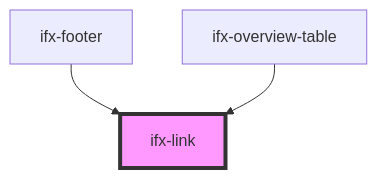
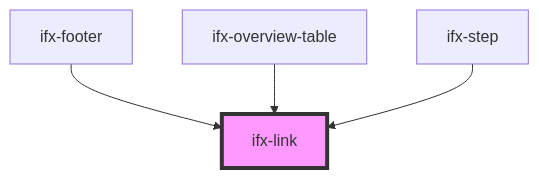
The diagram in packages/components/src/components/link/readme.md (Infineon/infineon-design-system-stencil), drawn with Mermaid before and after one commit. The commit also changed other lines of this file and 3 other files, not shown here.

````diff
--- a/packages/components/src/components/link/readme.md
+++ b/packages/components/src/components/link/readme.md
@@ -27,6 +28,7 @@
 ```mermaid
 graph TD;
   ifx-footer --> ifx-link
   ifx-overview-table --> ifx-link
+  ifx-step --> ifx-link
   style ifx-link fill:#f9f,stroke:#333,stroke-width:4px
 ```
````
